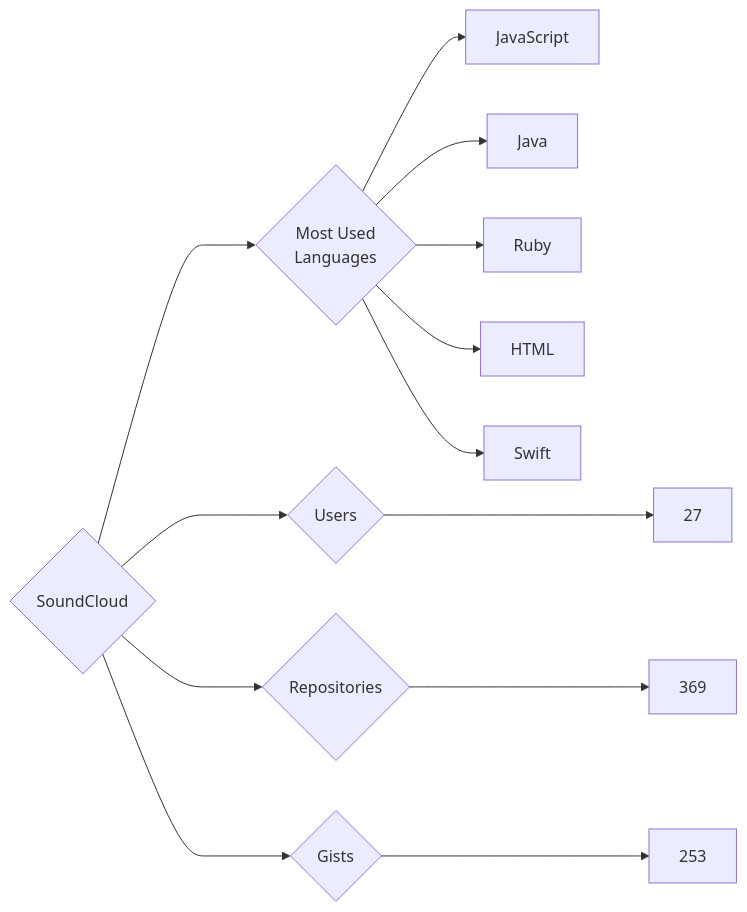
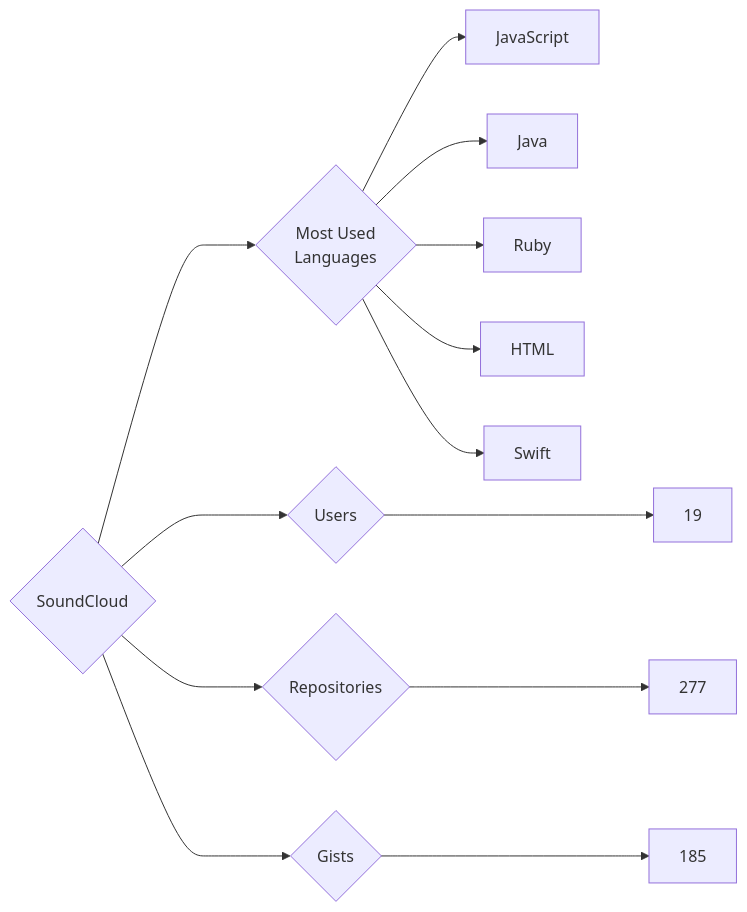
Before and after one commit to trickest/insiders: the diagram in targets/SoundCloud/README.md, drawn with Mermaid. The commit also changed 964 other files, not shown here.

````diff
--- a/targets/SoundCloud/README.md
+++ b/targets/SoundCloud/README.md
@@ -3,13 +3,13 @@
 ```mermaid
 graph LR
 COMPANY_NAME{SoundCloud}
-COMPANY_NAME ---> U{Users} ---> UN[27]
-COMPANY_NAME ---> R{Repositories} ---> RN[369]
-COMPANY_NAME ---> G{Gists} ---> GN[253]
+COMPANY_NAME ---> U{Users} ---> UN[19]
+COMPANY_NAME ---> R{Repositories} ---> RN[277]
+COMPANY_NAME ---> G{Gists} ---> GN[185]
 COMPANY_NAME ---> ML{Most Used<br>Languages}
 ML --> JavaScript[JavaScript]
 ML --> Java[Java]
 ML --> Ruby[Ruby]
 ML --> HTML[HTML]
 ML --> Swift[Swift]
 ```
````
